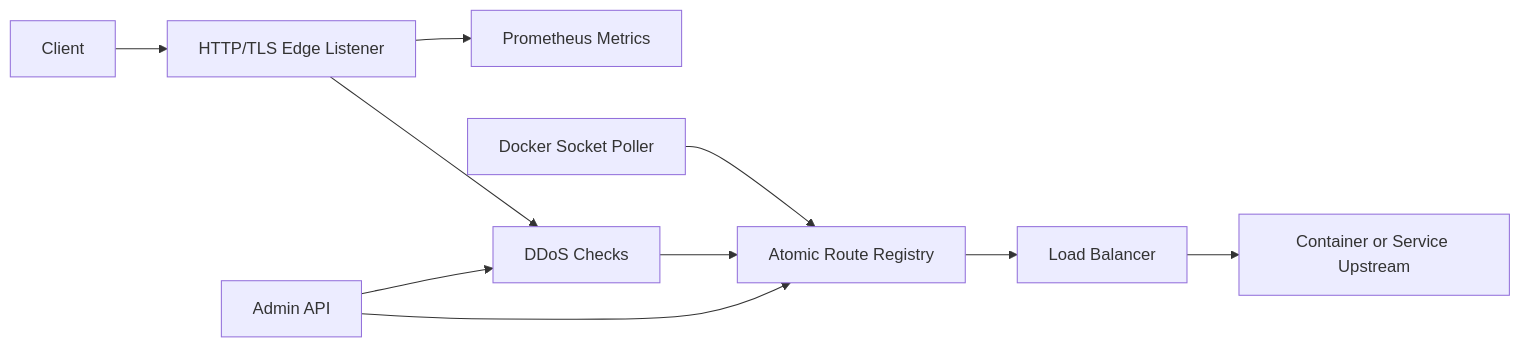
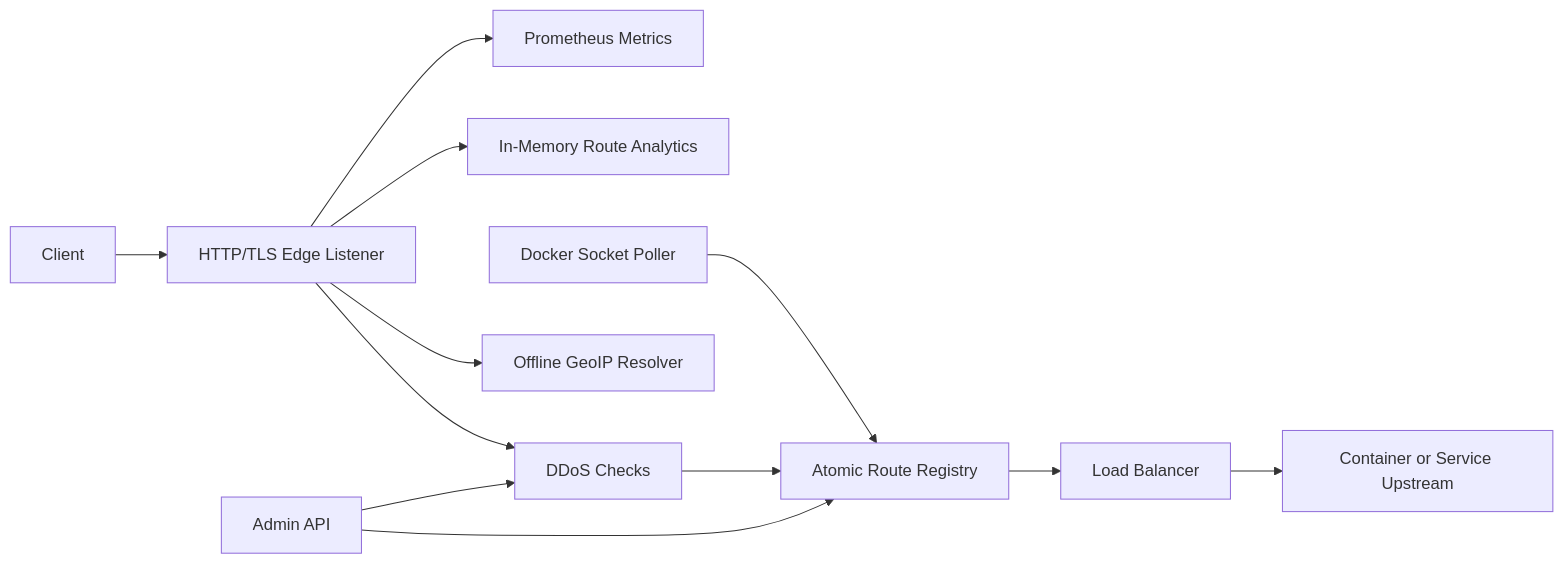
One commit to ikwerre-dev/Pxxl-Proxy-System changed the diagram in docs/architecture.md. Above: the diagram before and after it, drawn with Mermaid. The commit also changed other lines of this file and 19 other files, not shown here.

First line of the commit message:
feat(geo): add offline GeoIP routing, analytics, and location-based upstream selection

````diff
--- a/docs/architecture.md
+++ b/docs/architecture.md
@@ -5,12 +5,14 @@
 ```mermaid
 flowchart LR
   Client["Client"] --> Edge["HTTP/TLS Edge Listener"]
   Edge --> Security["DDoS Checks"]
+  Edge --> GeoIP["Offline GeoIP Resolver"]
   Security --> Router["Atomic Route Registry"]
   Router --> LB["Load Balancer"]
   LB --> Upstream["Container or Service Upstream"]
   Docker["Docker Socket Poller"] --> Router
   Admin["Admin API"] --> Router
   Admin --> Security
+  Edge --> Analytics["In-Memory Route Analytics"]
   Edge --> Metrics["Prometheus Metrics"]
 ```
````
